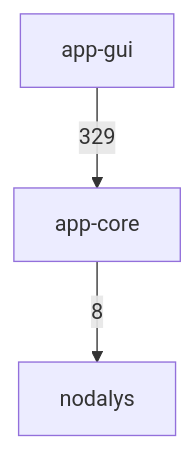
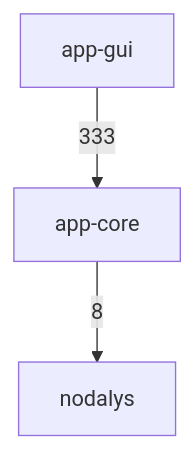
Before and after one commit to ronnymilleo/imcsim: the first of 3 diagrams in docs/architecture.md, drawn with Mermaid. The commit also changed other lines of this file and 5 other files, not shown here.

````diff
--- a/docs/architecture.md
+++ b/docs/architecture.md
@@ -22,8 +22,8 @@
 ```mermaid
 flowchart TD
     app_gui[app-gui]
     app_core[app-core]
     nodalys[nodalys]
     app_core -->|8| nodalys
-    app_gui -->|329| app_core
+    app_gui -->|333| app_core
 ```
````
